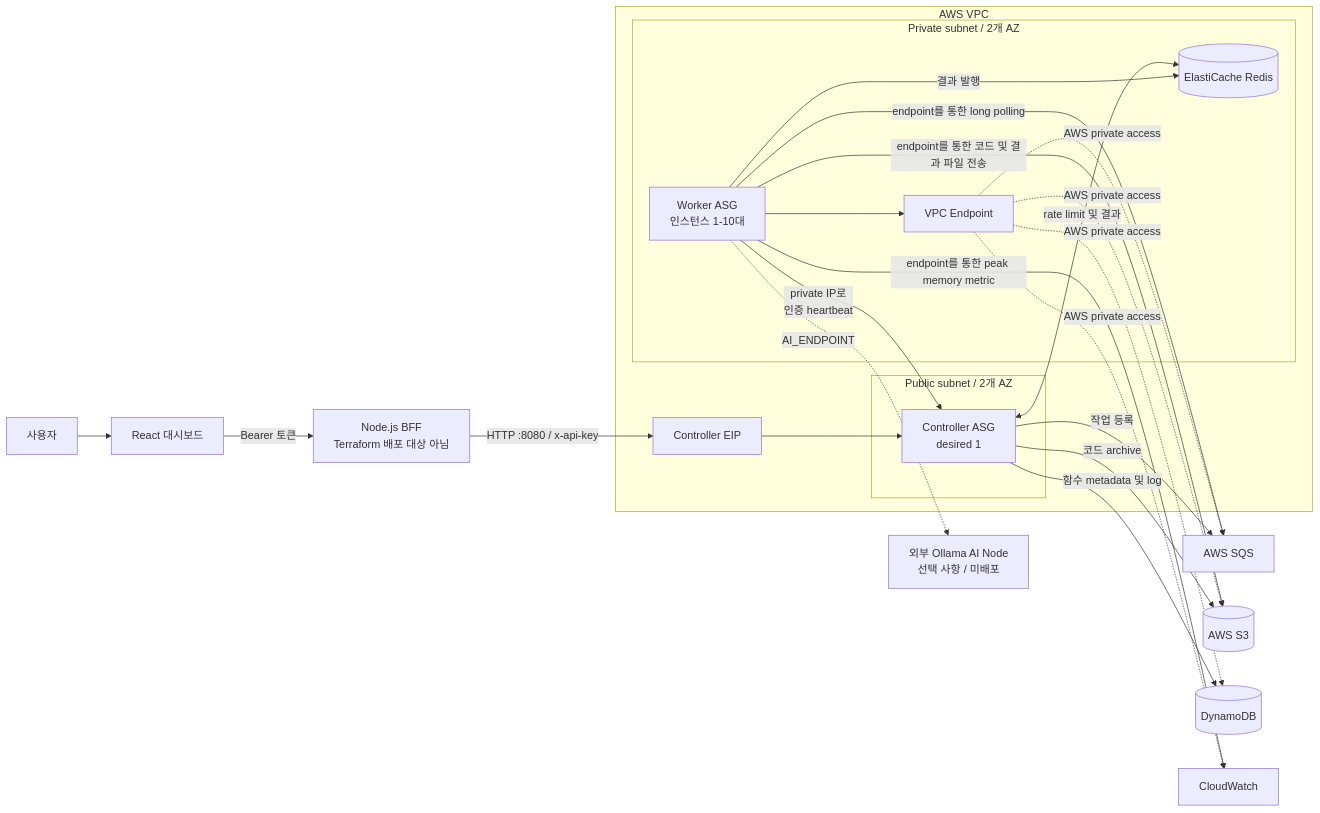
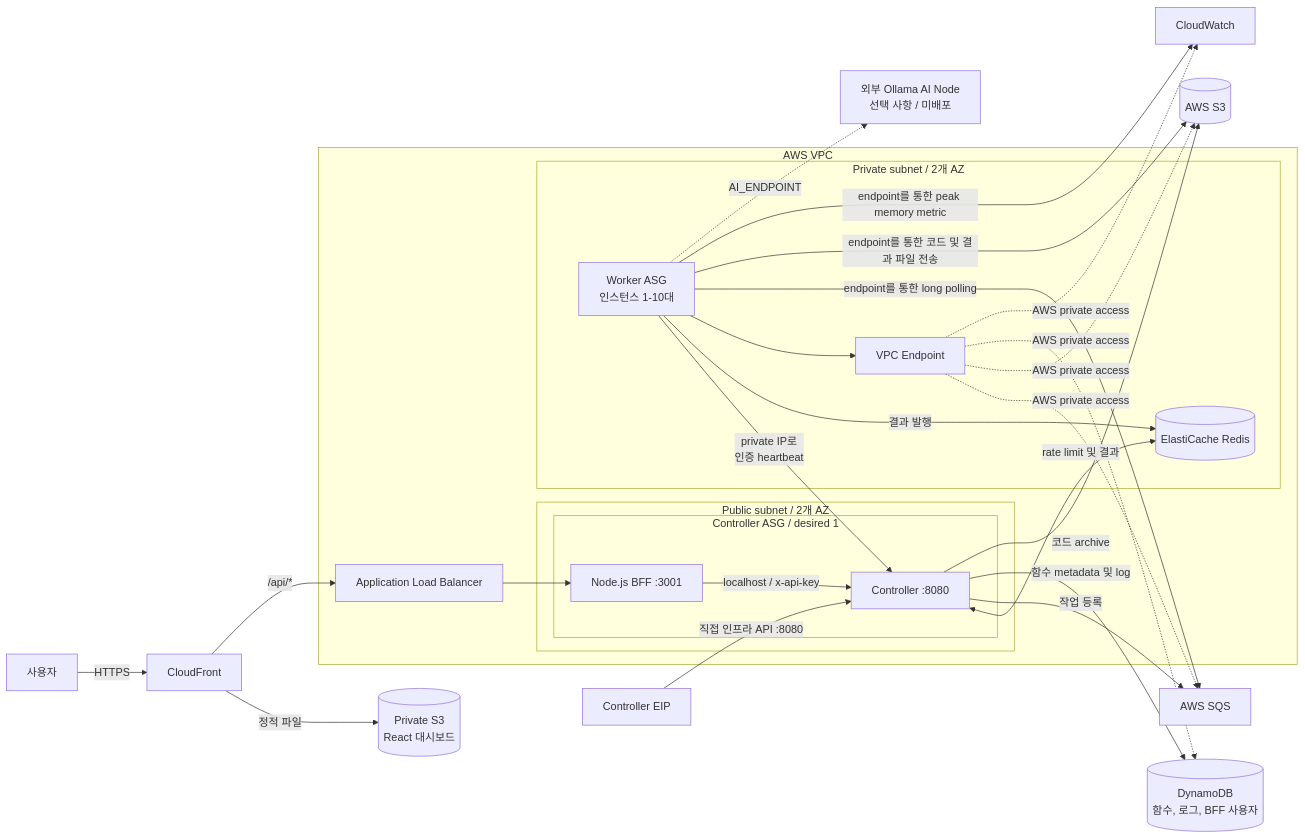
Before and after one commit to sangmu1126/FaaS-Platform: the first of 2 diagrams in README_KOR.md, drawn with Mermaid. The commit also changed other lines of this file and 4 other files, not shown here.

````diff
--- a/README_KOR.md
+++ b/README_KOR.md
@@ -16,42 +16,47 @@
 ```mermaid
 flowchart LR
-    User[사용자] --> Web[React 대시보드]
-    Web -->|Bearer 토큰| BFF[Node.js BFF<br/>Terraform 배포 대상 아님]
-    BFF -->|HTTP :8080 / x-api-key| EIP[Controller EIP]
+    User[사용자] -->|HTTPS| CF[CloudFront]
+    CF -->|정적 파일| Web[(Private S3<br/>React 대시보드)]
+    CF -->|/api/*| ALB[Application Load Balancer]
+    EIP[Controller EIP] -->|직접 인프라 API :8080| Controller
 
     subgraph VPC[AWS VPC]
         subgraph Public[Public subnet / 2개 AZ]
-            Controller[Controller ASG<br/>desired 1]
+            subgraph Host[Controller ASG / desired 1]
+                BFF[Node.js BFF :3001]
+                Controller[Controller :8080]
+                BFF -->|localhost / x-api-key| Controller
+            end
         end
 
         subgraph Private[Private subnet / 2개 AZ]
             Worker[Worker ASG<br/>인스턴스 1-10대]
             Redis[(ElastiCache Redis)]
             Endpoints[VPC Endpoint]
         end
 
-        EIP --> Controller
+        ALB --> BFF
         Worker -->|private IP로<br/>인증 heartbeat| Controller
         Controller <-->|rate limit 및 결과| Redis
         Worker -->|결과 발행| Redis
         Worker --> Endpoints
     end
 
     SQS[AWS SQS]
     S3[(AWS S3)]
-    DDB[(DynamoDB)]
+    DDB[(DynamoDB<br/>함수, 로그, BFF 사용자)]
     CW[CloudWatch]
     AI[외부 Ollama AI Node<br/>선택 사항 / 미배포]
 
     Controller -->|작업 등록| SQS
     Controller -->|함수 metadata 및 log| DDB
     Controller -->|코드 archive| S3
     Worker -->|endpoint를 통한 long polling| SQS
     Worker -->|endpoint를 통한 코드 및 결과 파일 전송| S3
     Worker -->|endpoint를 통한 peak memory metric| CW
     Endpoints -. AWS private access .-> SQS
     Endpoints -. AWS private access .-> S3
     Endpoints -. AWS private access .-> DDB
     Endpoints -. AWS private access .-> CW
     Worker -. AI_ENDPOINT .-> AI
 ```
````
